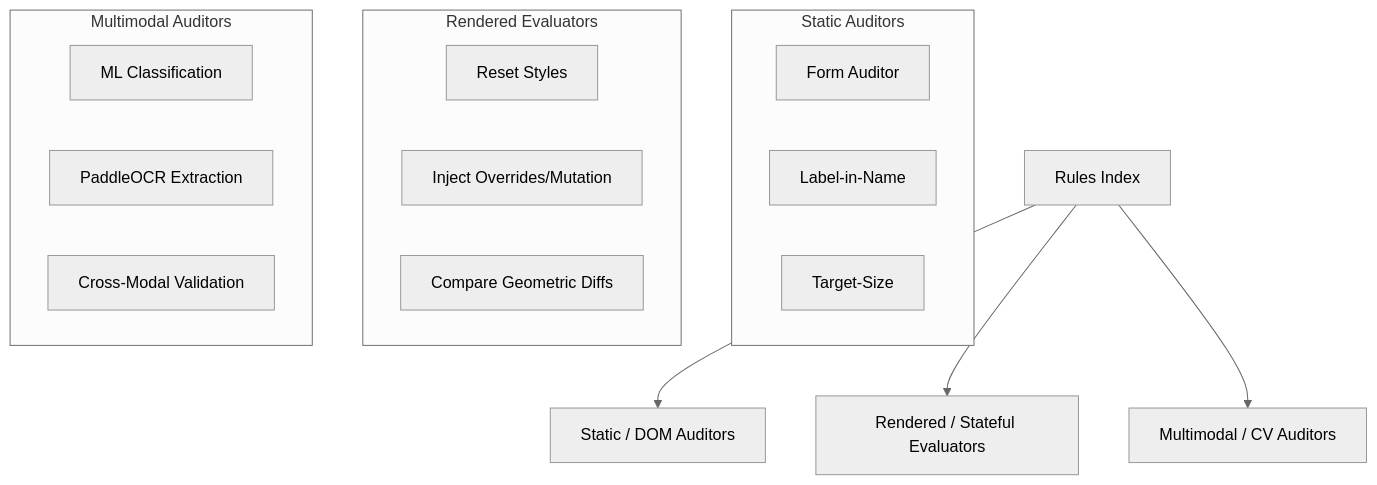
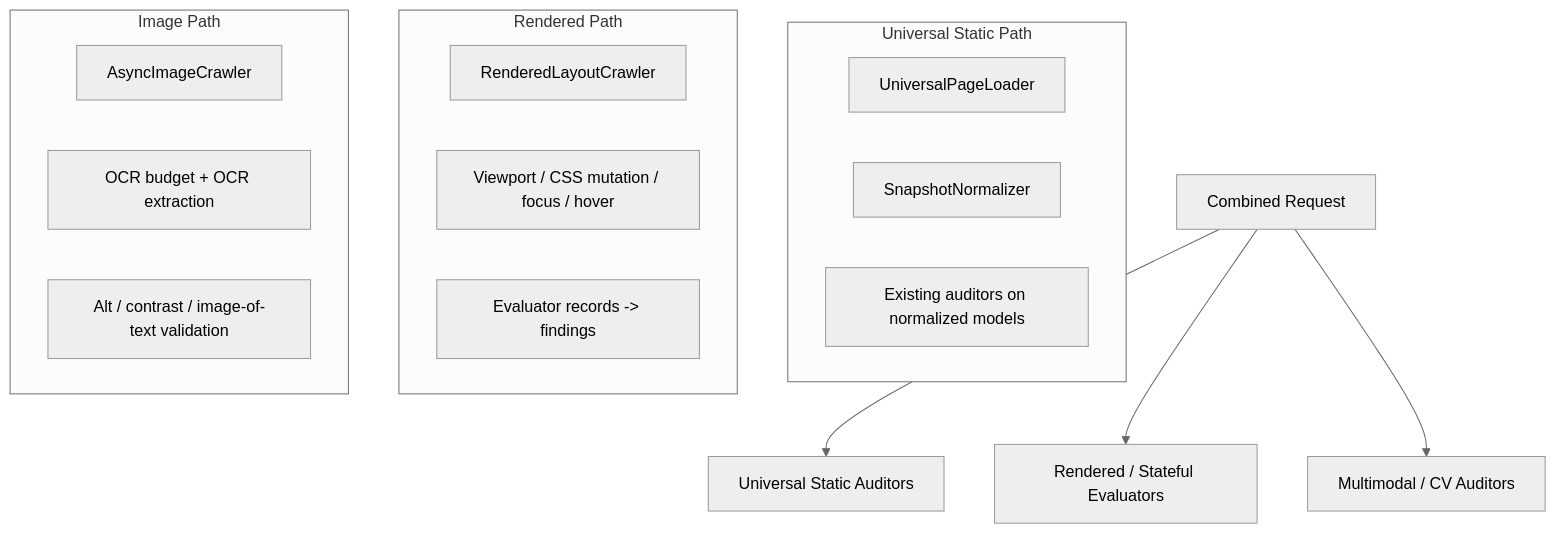
Before and after one commit to Sanjaypranavbc/ka11y: the second of 20 diagrams in ka11y-docs/internals/python-rules-flow-analysis.mdx, drawn with Mermaid (neutral theme). The commit also changed other lines of this file and 4 other files, not shown here.

````diff
--- a/ka11y-docs/internals/python-rules-flow-analysis.mdx
+++ b/ka11y-docs/internals/python-rules-flow-analysis.mdx
@@ -40,24 +59,24 @@
 ```mermaid
 flowchart TD
-    Index["Rules Index"] --> Static["Static / DOM Auditors"]
+    Index["Combined Request"] --> Static["Universal Static Auditors"]
     Index --> Rendered["Rendered / Stateful Evaluators"]
     Index --> Multi["Multimodal / CV Auditors"]
-    
-    subgraph "Static Auditors"
-        S1["Form Auditor"]
-        S2["Label-in-Name"]
-        S3["Target-Size"]
+
+    subgraph "Universal Static Path"
+        S1["UniversalPageLoader"]
+        S2["SnapshotNormalizer"]
+        S3["Existing auditors on normalized models"]
     end
-    
-    subgraph "Rendered Evaluators"
-        R1["Reset Styles"]
-        R2["Inject Overrides/Mutation"]
-        R3["Compare Geometric Diffs"]
+
+    subgraph "Rendered Path"
+        R1["RenderedLayoutCrawler"]
+        R2["Viewport / CSS mutation / focus / hover"]
+        R3["Evaluator records -> findings"]
     end
-    
-    subgraph "Multimodal Auditors"
-        M1["ML Classification"]
-        M2["PaddleOCR Extraction"]
-        M3["Cross-Modal Validation"]
+
+    subgraph "Image Path"
+        M1["AsyncImageCrawler"]
+        M2["OCR budget + OCR extraction"]
+        M3["Alt / contrast / image-of-text validation"]
     end
 ```
````
